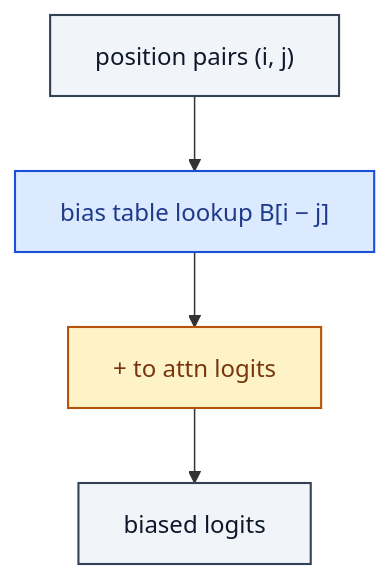
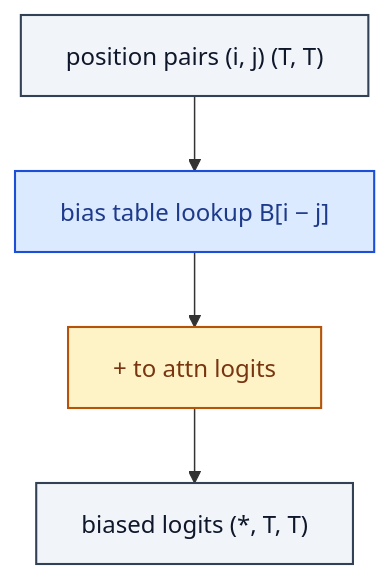
Before and after one commit to RealityShifts/Srivastava-book-of-Blocks-diagrams: the diagram in attention/RelativePositionBias.md, drawn with Mermaid. The commit also changed 123 other files, not shown here.

````diff
--- a/attention/RelativePositionBias.md
+++ b/attention/RelativePositionBias.md
@@ -7,19 +7,20 @@
 ```mermaid
 flowchart TD
-    n0_0["position pairs (i, j)"]:::io
+    n0_0["position pairs (i, j)  (T, T)"]:::io
     n1_0["bias table lookup B[i − j]"]:::op
     n2_0["+ to attn logits"]:::merge
-    n3_0["biased logits"]:::io
+    n3_0["biased logits  (*, T, T)"]:::io
     n0_0 --> n1_0
     n1_0 --> n2_0
     n2_0 --> n3_0
     classDef io fill:#f1f5f9,stroke:#334155,stroke-width:1.4px,color:#0f172a
     classDef op fill:#dbeafe,stroke:#1d4ed8,stroke-width:1.4px,color:#1e3a8a
     classDef norm fill:#dcfce7,stroke:#15803d,stroke-width:1.4px,color:#14532d
     classDef act fill:#ffedd5,stroke:#c2410c,stroke-width:1.4px,color:#7c2d12
     classDef attn fill:#ede9fe,stroke:#6d28d9,stroke-width:1.4px,color:#4c1d95
     classDef merge fill:#fef3c7,stroke:#b45309,stroke-width:1.4px,color:#78350f
     classDef emb fill:#fef9c3,stroke:#a16207,stroke-width:1.4px,color:#713f12
     classDef loss fill:#fee2e2,stroke:#b91c1c,stroke-width:1.4px,color:#7f1d1d
     classDef ctrl fill:#f5f5f4,stroke:#52525b,stroke-width:1.4px,color:#27272a
+    classDef ref fill:#e0f2fe,stroke:#0369a1,stroke-width:2px,color:#0c4a6e,stroke-dasharray: 4 2
 ```
````
